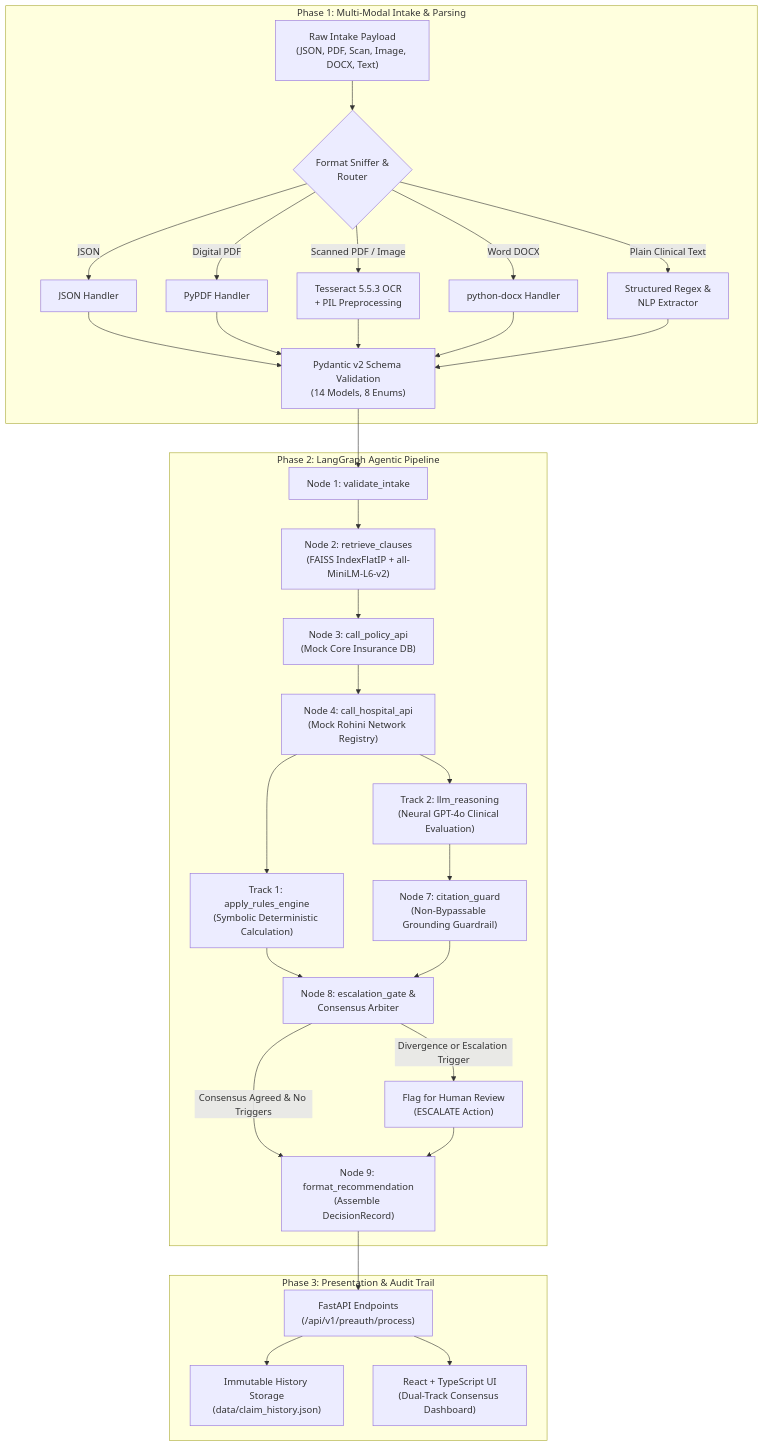
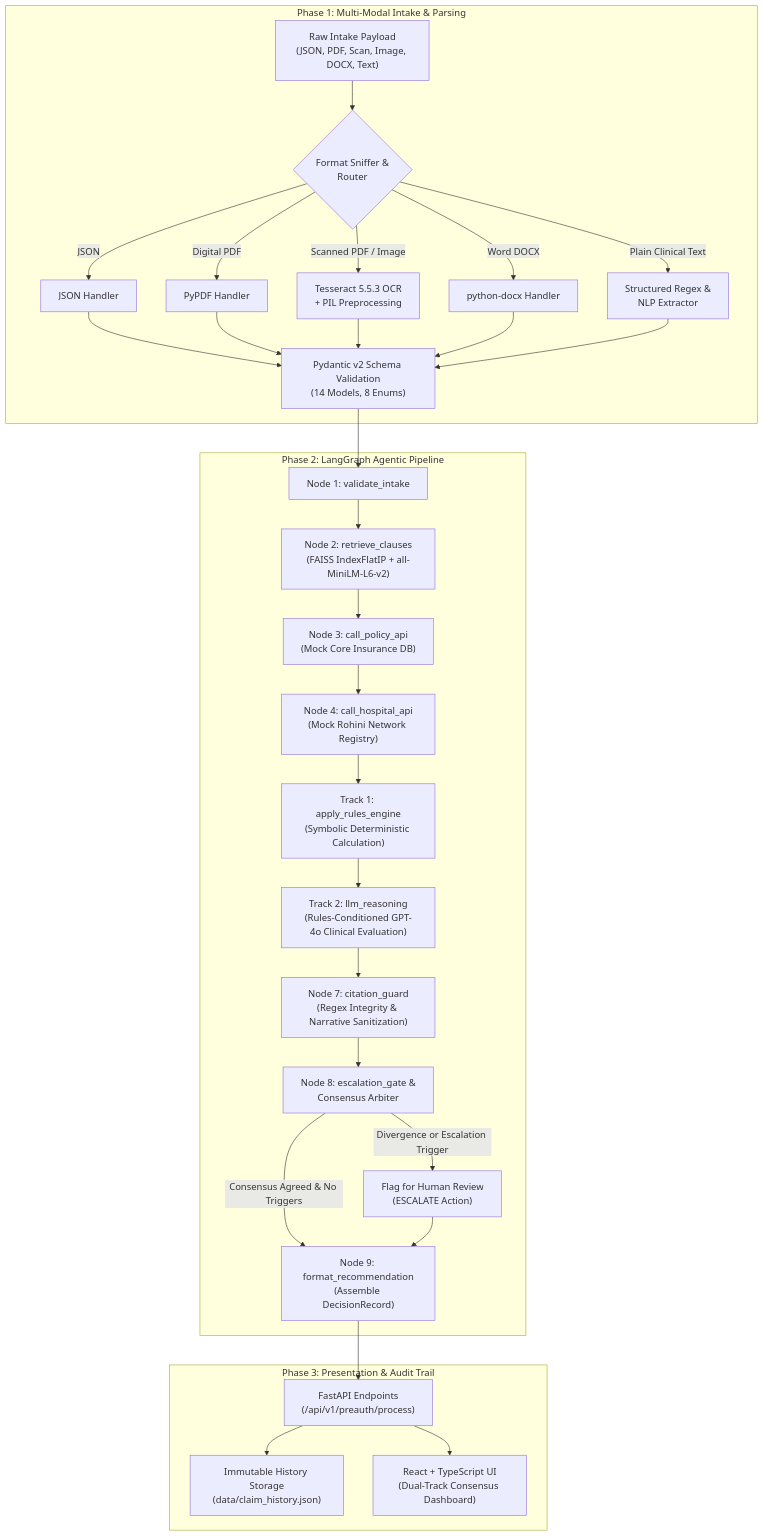
One commit to Mohan14123/LLM_PROJECT changed the first of 2 diagrams in PROJECT_CONTEXT.md. Above: the diagram before and after it, drawn with Mermaid. The commit also changed other lines of this file and 18 other files, not shown here.

````diff
--- a/PROJECT_CONTEXT.md
+++ b/PROJECT_CONTEXT.md
@@ -165,36 +164,36 @@
 ```mermaid
 flowchart TD
     subgraph MultiFormatIntake ["Phase 1: Multi-Modal Intake & Parsing"]
         RawDoc["Raw Intake Payload<br/>(JSON, PDF, Scan, Image, DOCX, Text)"] --> FormatSniffer{"Format Sniffer &<br/>Router"}
         FormatSniffer -->|JSON| P1["JSON Handler"]
         FormatSniffer -->|Digital PDF| P2["PyPDF Handler"]
         FormatSniffer -->|Scanned PDF / Image| P3["Tesseract 5.5.3 OCR<br/>+ PIL Preprocessing"]
         FormatSniffer -->|Word DOCX| P4["python-docx Handler"]
         FormatSniffer -->|Plain Clinical Text| P5["Structured Regex &<br/>NLP Extractor"]
         P1 & P2 & P3 & P4 & P5 --> PydanticValidation["Pydantic v2 Schema Validation<br/>(14 Models, 8 Enums)"]
     end
 
     subgraph LangGraphOrchestrator ["Phase 2: LangGraph Agentic Pipeline"]
         PydanticValidation --> Node1["Node 1: validate_intake"]
         Node1 --> Node2["Node 2: retrieve_clauses<br/>(FAISS IndexFlatIP + all-MiniLM-L6-v2)"]
         Node2 --> Node3["Node 3: call_policy_api<br/>(Mock Core Insurance DB)"]
         Node3 --> Node4["Node 4: call_hospital_api<br/>(Mock Rohini Network Registry)"]
         
         Node4 --> Track1["Track 1: apply_rules_engine<br/>(Symbolic Deterministic Calculation)"]
-        Node4 --> Track2["Track 2: llm_reasoning<br/>(Neural GPT-4o Clinical Evaluation)"]
+        Track1 --> Track2["Track 2: llm_reasoning<br/>(Rules-Conditioned GPT-4o Clinical Evaluation)"]
         
-        Track2 --> Node7["Node 7: citation_guard<br/>(Non-Bypassable Grounding Guardrail)"]
+        Track2 --> Node7["Node 7: citation_guard<br/>(Regex Integrity & Narrative Sanitization)"]
         
-        Track1 & Node7 --> Node8["Node 8: escalation_gate &<br/>Consensus Arbiter"]
+        Node7 --> Node8["Node 8: escalation_gate &<br/>Consensus Arbiter"]
         
         Node8 -->|Consensus Agreed & No Triggers| Node9["Node 9: format_recommendation<br/>(Assemble DecisionRecord)"]
         Node8 -->|Divergence or Escalation Trigger| Escalate["Flag for Human Review<br/>(ESCALATE Action)"]
         Escalate --> Node9
     end
 
     subgraph UIAndAudit ["Phase 3: Presentation & Audit Trail"]
         Node9 --> FastAPIRouter["FastAPI Endpoints<br/>(/api/v1/preauth/process)"]
         FastAPIRouter --> HistoryStorage["Immutable History Storage<br/>(data/claim_history.json)"]
         FastAPIRouter --> ReactFrontend["React + TypeScript UI<br/>(Dual-Track Consensus Dashboard)"]
     end
 ```
````
